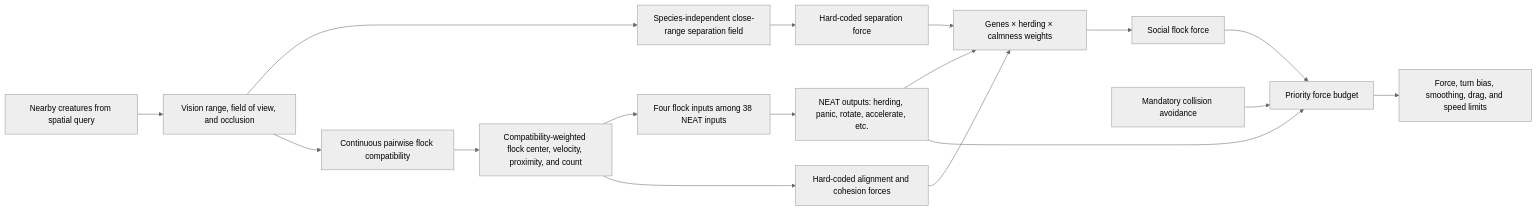
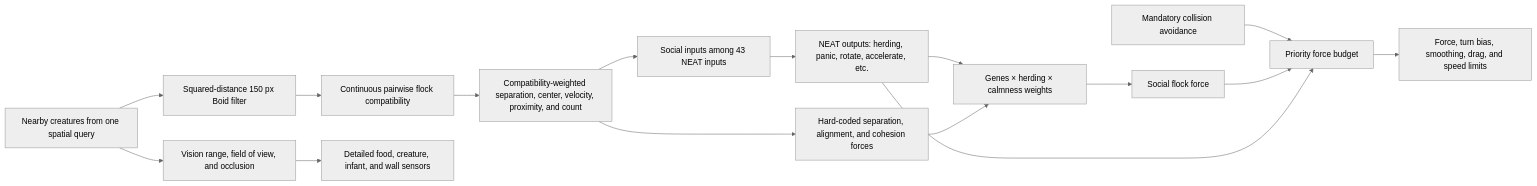
One commit to TommyTokk/neatural_selection changed the diagram in FLOCKING_SYSTEM_REPORT.md. Above: the diagram before and after it, drawn with Mermaid (neutral theme). The commit also changed other lines of this file and 17 other files, not shown here.

````diff
--- a/FLOCKING_SYSTEM_REPORT.md
+++ b/FLOCKING_SYSTEM_REPORT.md
@@ -553,19 +555,18 @@
 ```mermaid
 flowchart LR
-    A["Nearby creatures from spatial query"] --> B["Vision range, field of view, and occlusion"]
-    B --> C["Species-independent close-range separation field"]
+    A["Nearby creatures from one spatial query"] --> B["Squared-distance 150 px Boid filter"]
+    A --> C["Vision range, field of view, and occlusion"]
     B --> D["Continuous pairwise flock compatibility"]
-    D --> E["Compatibility-weighted flock center, velocity, proximity, and count"]
-    E --> F["Four flock inputs among 38 NEAT inputs"]
-    F --> G["NEAT outputs: herding, panic, rotate, accelerate, etc."]
-    C --> H["Hard-coded separation force"]
-    E --> I["Hard-coded alignment and cohesion forces"]
-    G --> J["Genes × herding × calmness weights"]
-    H --> J
+    D --> E["Compatibility-weighted separation, center, velocity, proximity, and count"]
+    C --> F["Detailed food, creature, infant, and wall sensors"]
+    E --> G["Social inputs among 43 NEAT inputs"]
+    G --> H["NEAT outputs: herding, panic, rotate, accelerate, etc."]
+    E --> I["Hard-coded separation, alignment, and cohesion forces"]
+    H --> J["Genes × herding × calmness weights"]
     I --> J
     J --> K["Social flock force"]
     L["Mandatory collision avoidance"] --> M["Priority force budget"]
     K --> M
-    G --> M
+    H --> M
     M --> N["Force, turn bias, smoothing, drag, and speed limits"]
 ```
````
